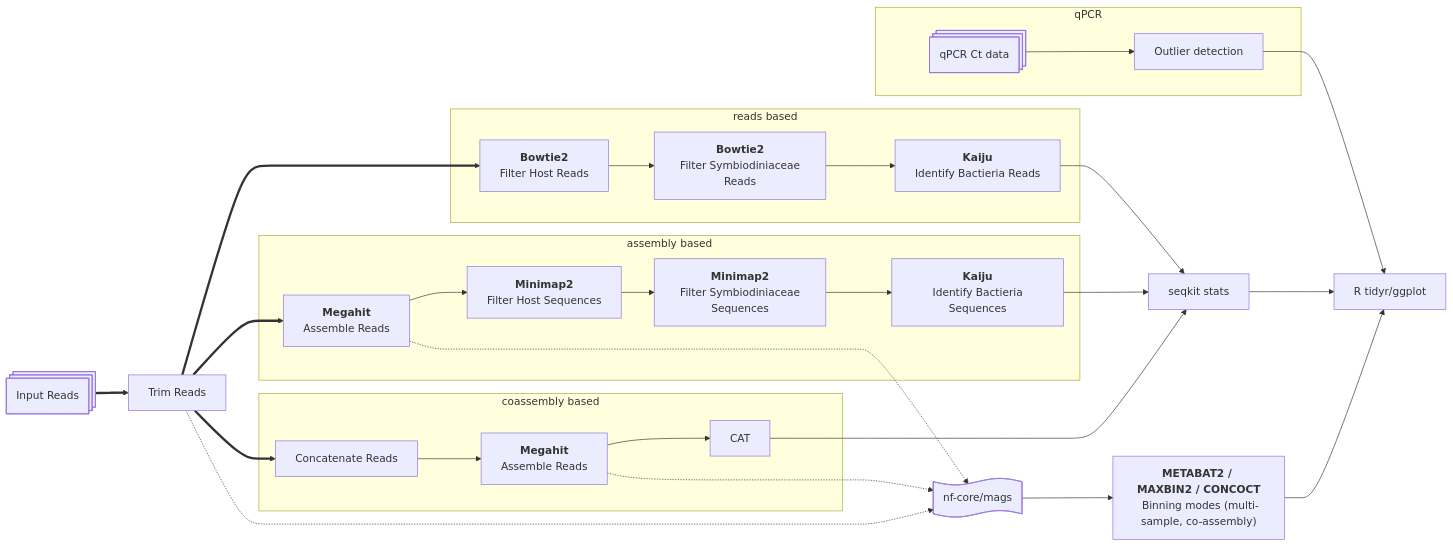
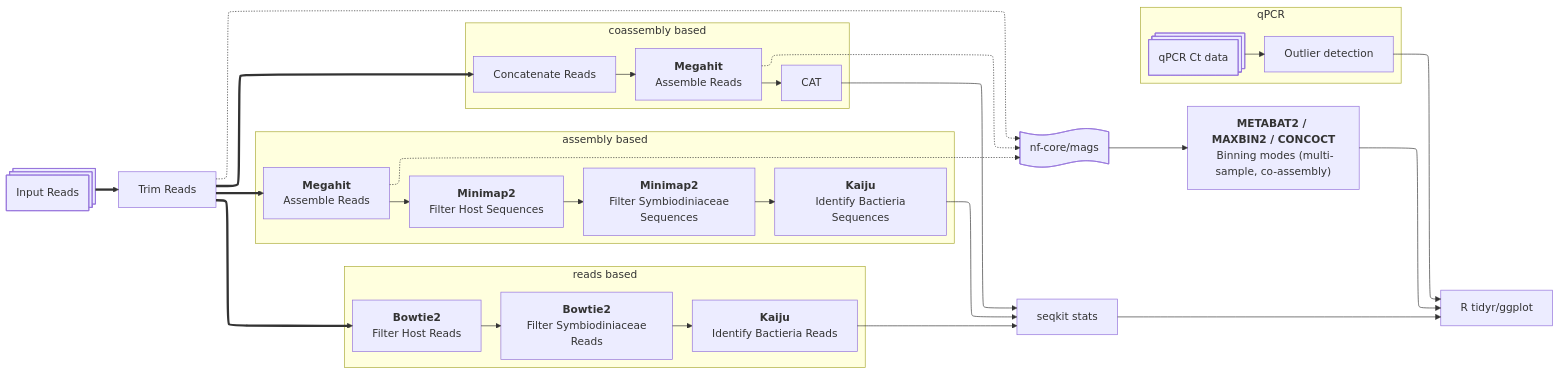
The diagram in README.md (ColinL1/metaG_EukDepletion), drawn with Mermaid before and after one commit. The commit also changed other lines of this file and 7 other files, not shown here.

````diff
--- a/README.md
+++ b/README.md
@@ -9,68 +10,48 @@
 ```mermaid
-%% %%{
-%%   init: {
-%%     'theme': 'base',
-%%     'themeVariables': {
-%%       'primaryColor': '#BB2528',
-%%       'primaryTextColor': '#fff',
-%%       'primaryBorderColor': '#7C0000',
-%%       'lineColor': '#F8B229',
-%%       'secondaryColor': '#006100',
-%%       'tertiaryColor': '#fff'
-%%     }
-%%   }
-%% }%%
+---
+config:
+  layout: elk
+  theme: default
+  fontFamily: '''Open Sans Variable'', sans-serif'
+  themeVariables:
+    fontFamily: '''Open Sans Variable'', sans-serif'
+---
 flowchart LR
-
-  %% Reads based section
     A@{ shape: procs, label: "Input Reads" }
     A ==> B["Trim Reads"]
     B ==> C["<div style='font-weight:bold'>Bowtie2</div> Filter Host Reads"]
   subgraph "reads based"
     C --> D["<div style='font-weight:bold'>Bowtie2</div> Filter Symbiodiniaceae Reads"]
     D --> E["<div style='font-weight:bold'>Kaiju</div> Identify Bactieria Reads"]
   end
-
-  %% Assembly based section
   
     B ==> F["<div style='font-weight:bold'>Megahit</div>Assemble Reads"]
   subgraph "assembly based" 
     F --> G["<div style='font-weight:bold'>Minimap2</div> Filter Host Sequences"]
     G --> H["<div style='font-weight:bold'>Minimap2</div> Filter Symbiodiniaceae Sequences"]
     H --> J["<div style='font-weight:bold'>Kaiju</div> Identify Bactieria Sequences"]
   end
-
-  %% CoAssembly based section
     B ==> K[Concatenate Reads]
   subgraph "coassembly based"
     K --> L["<div style='font-weight:bold'>Megahit</div>Assemble Reads"]
     L --> M[CAT]
   end
-
-  %% Binning
   L -..-> N
   F -..-> N
   B -..-> N
-
-  %% Output and Analysis
   N@{ shape: paper-tape, label: "nf-core/mags" }
   N --> O["<div style='font-weight:bold'>METABAT2 / MAXBIN2 / CONCOCT</div> Binning modes (multi-sample, co-assembly)"]
 
 
   M --> S[seqkit stats]
   E --> S
   J --> S
 
   S --> P[R tidyr/ggplot]
   O --> P
   R --> P
-
-  %% Dummy connections to enforce layout
-
-%% qPCR section
   subgraph qPCR
     Q@{ shape: procs, label: "qPCR Ct data" }
     Q --> R[Outlier detection]
   end
-  
   ```
````
